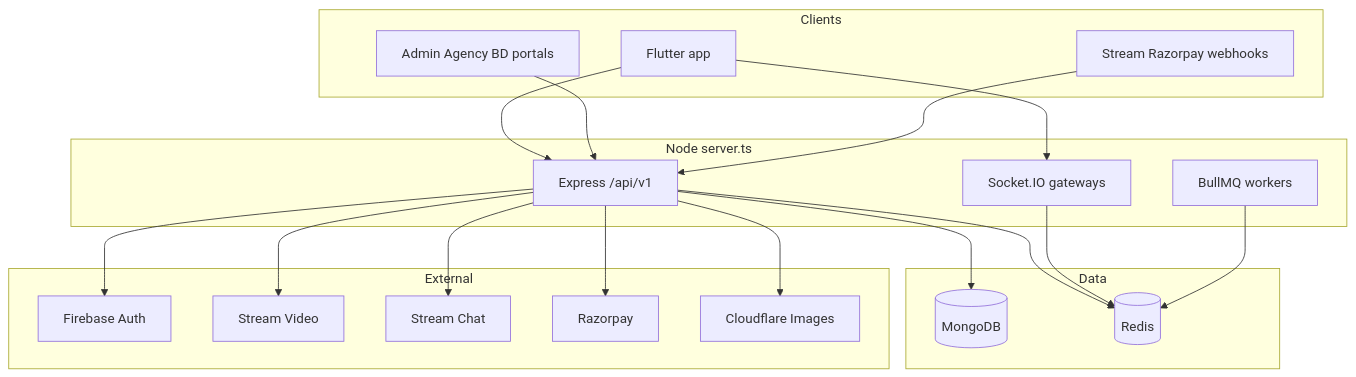
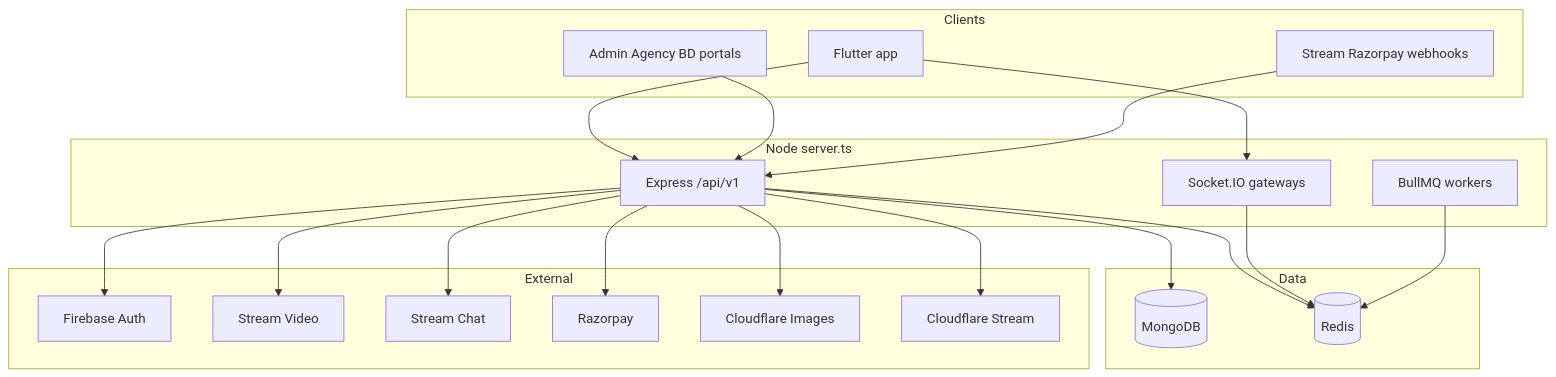
One commit to shubhamsingh32112/vibemeet-backend changed the first of 4 diagrams in docs/BACKEND_COMPREHENSIVE.md. Above: the diagram before and after it, drawn with Mermaid. The commit also changed other lines of this file and 72 other files, not shown here.

````diff
--- a/docs/BACKEND_COMPREHENSIVE.md
+++ b/docs/BACKEND_COMPREHENSIVE.md
@@ -76,37 +82,39 @@
 ```mermaid
 flowchart TB
   subgraph clients [Clients]
     Flutter[Flutter app]
     StaffWeb[Admin Agency BD portals]
     Webhooks[Stream Razorpay webhooks]
   end
   subgraph api [Node server.ts]
     Express["Express /api/v1"]
     SIO[Socket.IO gateways]
     Workers[BullMQ workers]
   end
   subgraph data [Data]
     Mongo[(MongoDB)]
     Redis[(Redis)]
   end
   subgraph external [External]
     FB[Firebase Auth]
     SV[Stream Video]
     SC[Stream Chat]
     RZ[Razorpay]
     CF[Cloudflare Images]
+    CFS[Cloudflare Stream]
   end
   Flutter --> Express
   Flutter --> SIO
   StaffWeb --> Express
   Webhooks --> Express
   Express --> Mongo
   Express --> Redis
   SIO --> Redis
   Workers --> Redis
   Express --> FB
   Express --> SV
   Express --> SC
   Express --> RZ
   Express --> CF
+  Express --> CFS
 ```
````
